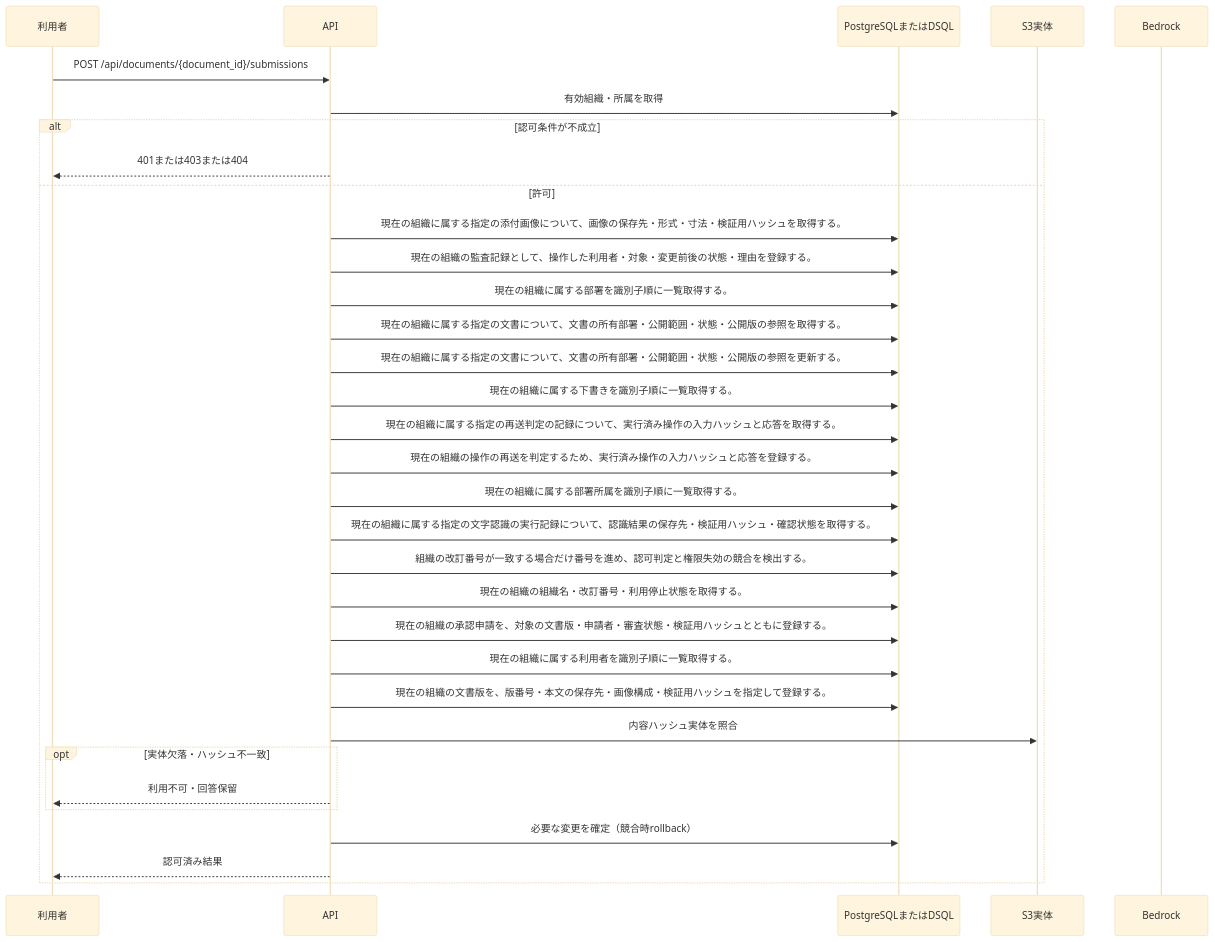
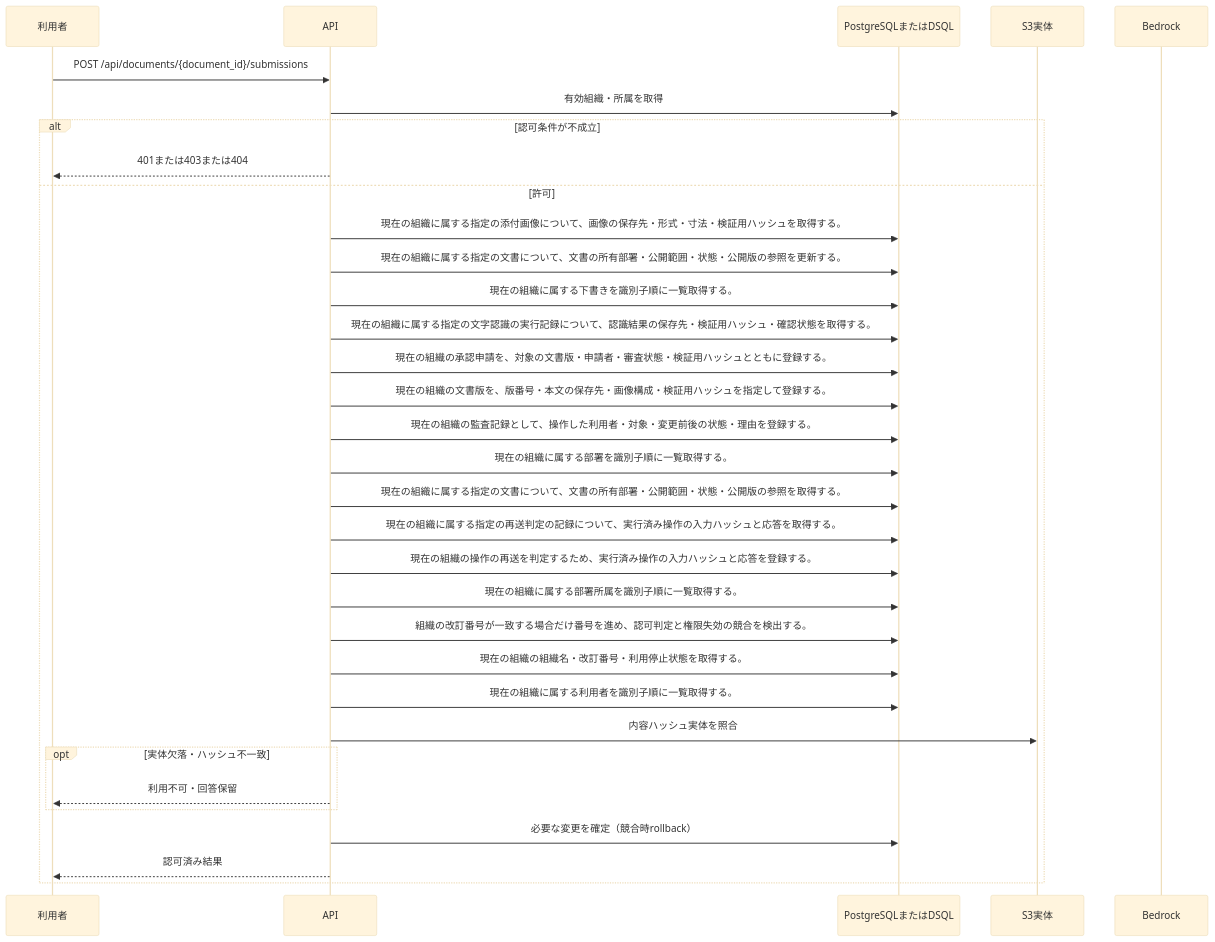
One commit to tsuji-tomonori/KotoRelay changed the diagram in docs/design/generated/api/documents/submit_version/sequence.md. Above: the diagram before and after it, drawn with Mermaid (base theme). The commit also changed other lines of this file and 628 other files, not shown here.

````diff
--- a/docs/design/generated/api/documents/submit_version/sequence.md
+++ b/docs/design/generated/api/documents/submit_version/sequence.md
@@ -7,35 +7,35 @@
 ```mermaid
 sequenceDiagram
     participant U as 利用者
     participant A as API
     participant D as PostgreSQLまたはDSQL
     participant S as S3実体
     participant M as Bedrock
     U->>A: POST /api/documents/{document_id}/submissions
     A->>D: 有効組織・所属を取得
     alt 認可条件が不成立
         A-->>U: 401または403または404
     else 許可
         A->>D: 現在の組織に属する指定の添付画像について、画像の保存先・形式・寸法・検証用ハッシュを取得する。
+        A->>D: 現在の組織に属する指定の文書について、文書の所有部署・公開範囲・状態・公開版の参照を更新する。
+        A->>D: 現在の組織に属する下書きを識別子順に一覧取得する。
+        A->>D: 現在の組織に属する指定の文字認識の実行記録について、認識結果の保存先・検証用ハッシュ・確認状態を取得する。
+        A->>D: 現在の組織の承認申請を、対象の文書版・申請者・審査状態・検証用ハッシュとともに登録する。
+        A->>D: 現在の組織の文書版を、版番号・本文の保存先・画像構成・検証用ハッシュを指定して登録する。
         A->>D: 現在の組織の監査記録として、操作した利用者・対象・変更前後の状態・理由を登録する。
         A->>D: 現在の組織に属する部署を識別子順に一覧取得する。
         A->>D: 現在の組織に属する指定の文書について、文書の所有部署・公開範囲・状態・公開版の参照を取得する。
-        A->>D: 現在の組織に属する指定の文書について、文書の所有部署・公開範囲・状態・公開版の参照を更新する。
-        A->>D: 現在の組織に属する下書きを識別子順に一覧取得する。
         A->>D: 現在の組織に属する指定の再送判定の記録について、実行済み操作の入力ハッシュと応答を取得する。
         A->>D: 現在の組織の操作の再送を判定するため、実行済み操作の入力ハッシュと応答を登録する。
         A->>D: 現在の組織に属する部署所属を識別子順に一覧取得する。
-        A->>D: 現在の組織に属する指定の文字認識の実行記録について、認識結果の保存先・検証用ハッシュ・確認状態を取得する。
         A->>D: 組織の改訂番号が一致する場合だけ番号を進め、認可判定と権限失効の競合を検出する。
         A->>D: 現在の組織の組織名・改訂番号・利用停止状態を取得する。
-        A->>D: 現在の組織の承認申請を、対象の文書版・申請者・審査状態・検証用ハッシュとともに登録する。
         A->>D: 現在の組織に属する利用者を識別子順に一覧取得する。
-        A->>D: 現在の組織の文書版を、版番号・本文の保存先・画像構成・検証用ハッシュを指定して登録する。
         A->>S: 内容ハッシュ実体を照合
         opt 実体欠落・ハッシュ不一致
             A-->>U: 利用不可・回答保留
         end
         A->>D: 必要な変更を確定（競合時rollback）
         A-->>U: 認可済み結果
     end
 ```
````
